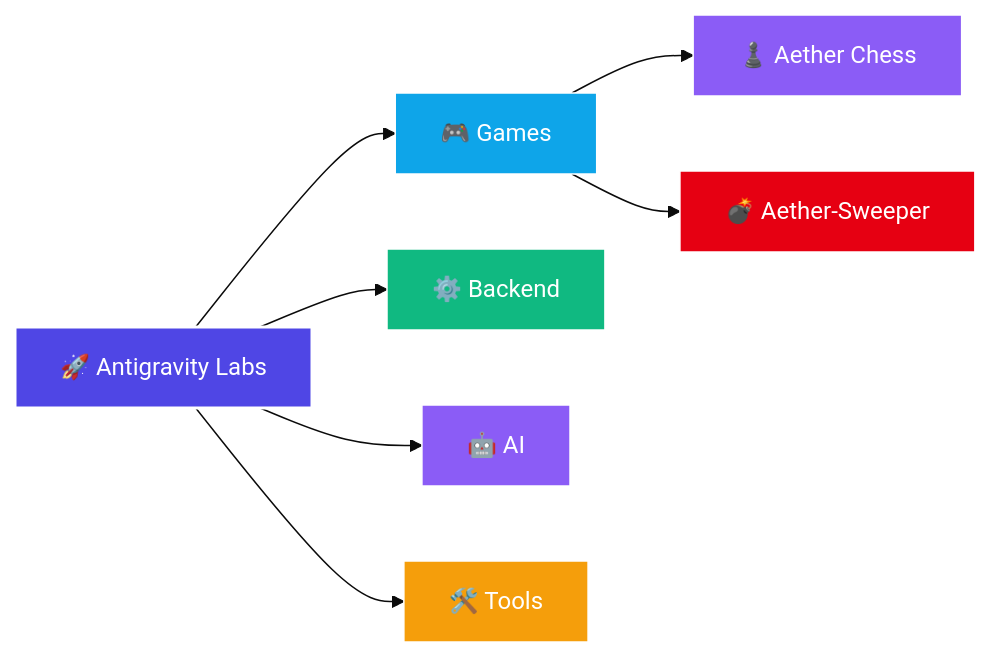
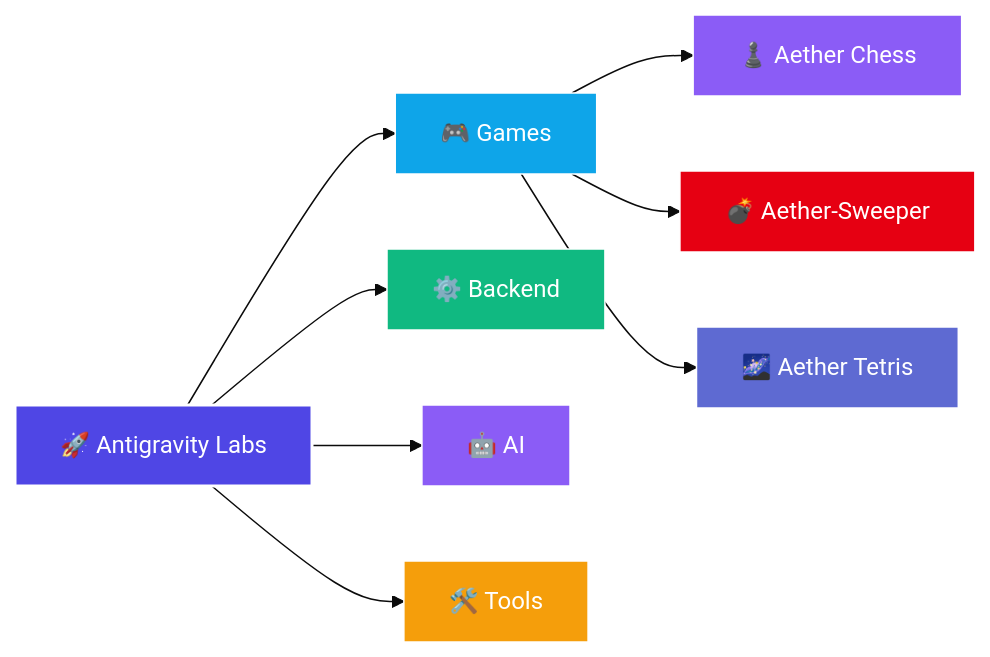
Before and after one commit to Leturnos/antigravity-labs: the diagram in README.md, drawn with Mermaid (base theme). The commit also changed other lines of this file and 2 other files, not shown here.

Commit message:
docs(tetris): add comprehensive system and execution documentation

````diff
--- a/README.md
+++ b/README.md
@@ -25,20 +26,22 @@
 ```mermaid
 flowchart LR
     Root["🚀 Antigravity Labs"]
 
     Root --> Games["🎮 Games"]
     Root --> Backend["⚙️ Backend"]
     Root --> AI["🤖 AI"]
     Root --> Tools["🛠️ Tools"]
 
     Games --> Chess["♟️ Aether Chess"]
     Games --> Sweeper["💣 Aether-Sweeper"]
+    Games --> Tetris["🌌 Aether Tetris"]
 
     style Root fill:#4f46e5,stroke:#fff,stroke-width:2px,color:#fff
     style Games fill:#0ea5e9,stroke:#fff,stroke-width:1px,color:#fff
     style Backend fill:#10b981,stroke:#fff,stroke-width:1px,color:#fff
     style AI fill:#8b5cf6,stroke:#fff,stroke-width:1px,color:#fff
     style Tools fill:#f59e0b,stroke:#fff,stroke-width:1px,color:#fff
     style Chess fill:#8b5cf6,stroke:#fff,stroke-width:1px,color:#fff
     style Sweeper fill:#e60012,stroke:#fff,stroke-width:1px,color:#fff
+    style Tetris fill:#5e6ad2,stroke:#fff,stroke-width:1px,color:#fff
 ```
````
